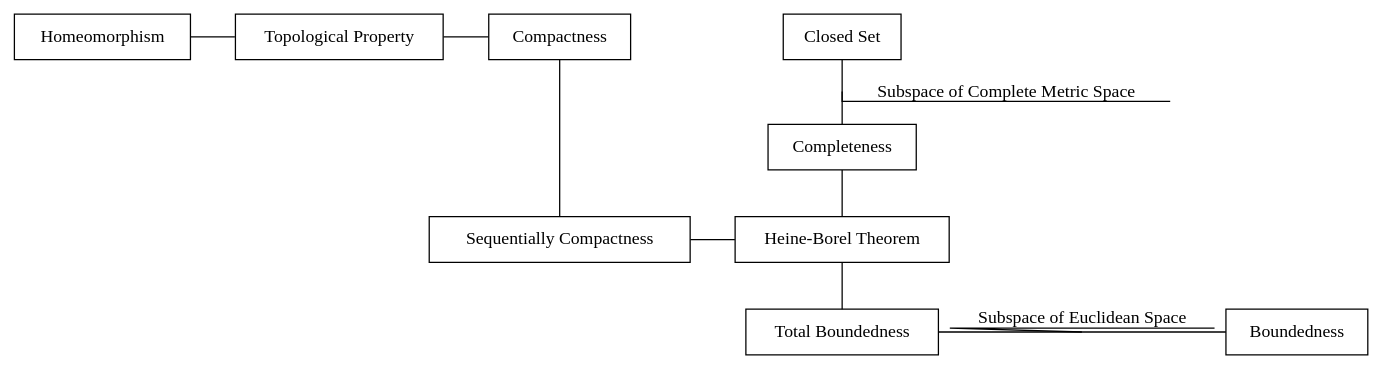
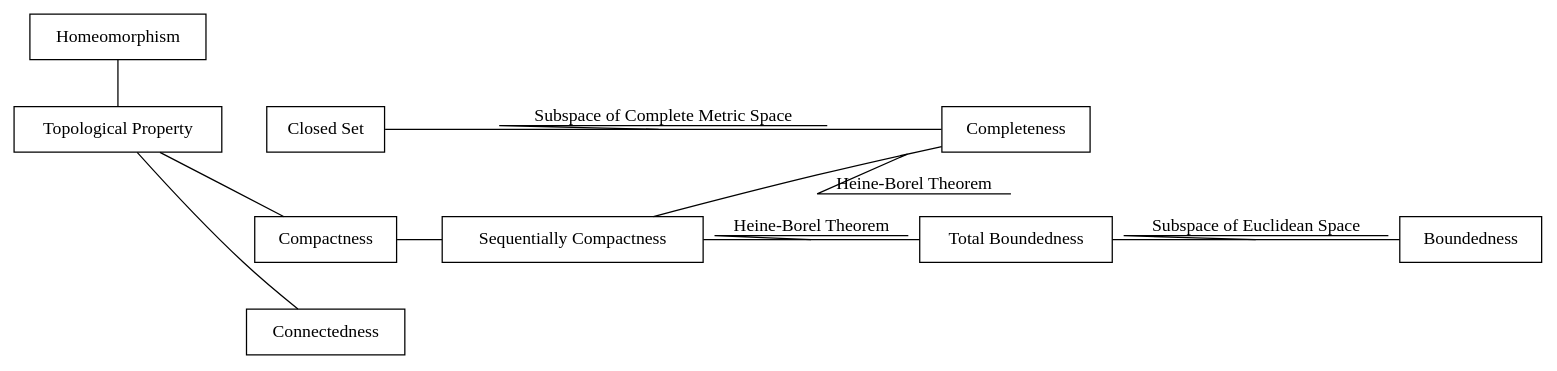
One commit to HanetakaChou/hanetakachou.github.io changed the diagram in src/Mathematics/Analysis/Metric.dot. Above: the diagram before and after it, drawn with Graphviz. The commit also changed 1 other file, not shown here.

```diff
--- a/src/Mathematics/Analysis/Metric.dot
+++ b/src/Mathematics/Analysis/Metric.dot
@@ -1,40 +1,44 @@
 graph Metric{
     rankdir=TB
     //splines=false
     node[shape=box]
     //edge[decorate=true]
     
+    Homeomorphism
+    Homeomorphism--Topological_Property
 
     {
         rank=same
         rankdir=LR
-        Homeomorphism
         Topological_Property[label="Topological Property"]
-        Compactness //紧
         Closed_Set[label="Closed Set"] //闭集
-        Homeomorphism--Topological_Property--Compactness
-        Compactness--Closed_Set[style=invis]
+        Completeness //完备性
+        Topological_Property--Closed_Set[style=invis weight=100]
+        Closed_Set--Completeness[label="Subspace of Complete Metric Space" decorate=true weight=100]
     }
-    Compactness--Sequentially_Compactness[weight=100]
+    Closed_Set--Compactness[style=invis weight=150]
 
     {
         rank=same
         rankdir=LR
+        Compactness //紧
         Sequentially_Compactness[label="Sequentially Compactness"] //列紧
-        Heine_Borel_Theorem[label="Heine-Borel Theorem"]
-        Sequentially_Compactness--Heine_Borel_Theorem[weight=100]
+        Total_Boundedness[label="Total Boundedness"] //全有界性
+        Boundedness //有界性
+        Compactness--Sequentially_Compactness[weight=100]
+        Sequentially_Compactness--Total_Boundedness[label="Heine-Borel Theorem" decorate=true weight=100]
+        Total_Boundedness--Boundedness[label="Subspace of Euclidean Space" decorate=true]
     }
+    Completeness--Total_Boundedness[style=invis weight=150]
+    Topological_Property--Compactness
+    Sequentially_Compactness--Completeness[label="Heine-Borel Theorem" decorate=true]
 
-
-    Completeness //完备性
     {
         rank=same
         rankdir=LR
-        Total_Boundedness[label="Total Boundedness"] //全有界性
-        Boundedness //有界性
-        Total_Boundedness--Boundedness[label="Subspace of Euclidean Space" decorate=true]
+        Connectedness //连通性
     }
-    Closed_Set--Completeness[label="Subspace of Complete Metric Space" decorate=true weight=100]
-    Completeness--Heine_Borel_Theorem--Total_Boundedness[weight=100]
+    Compactness--Connectedness[style=invis weight=150]
+    Topological_Property--Connectedness
 
 }
```
